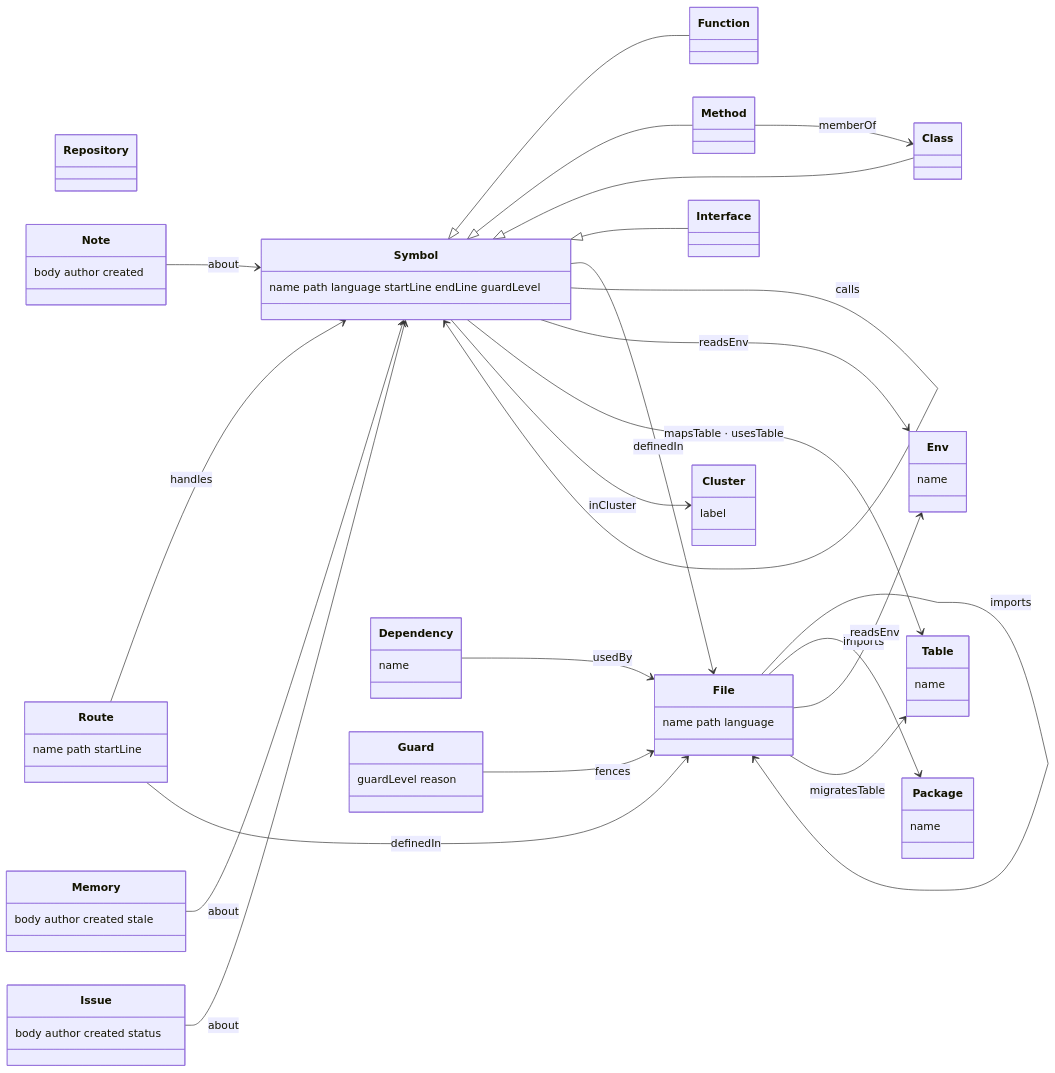
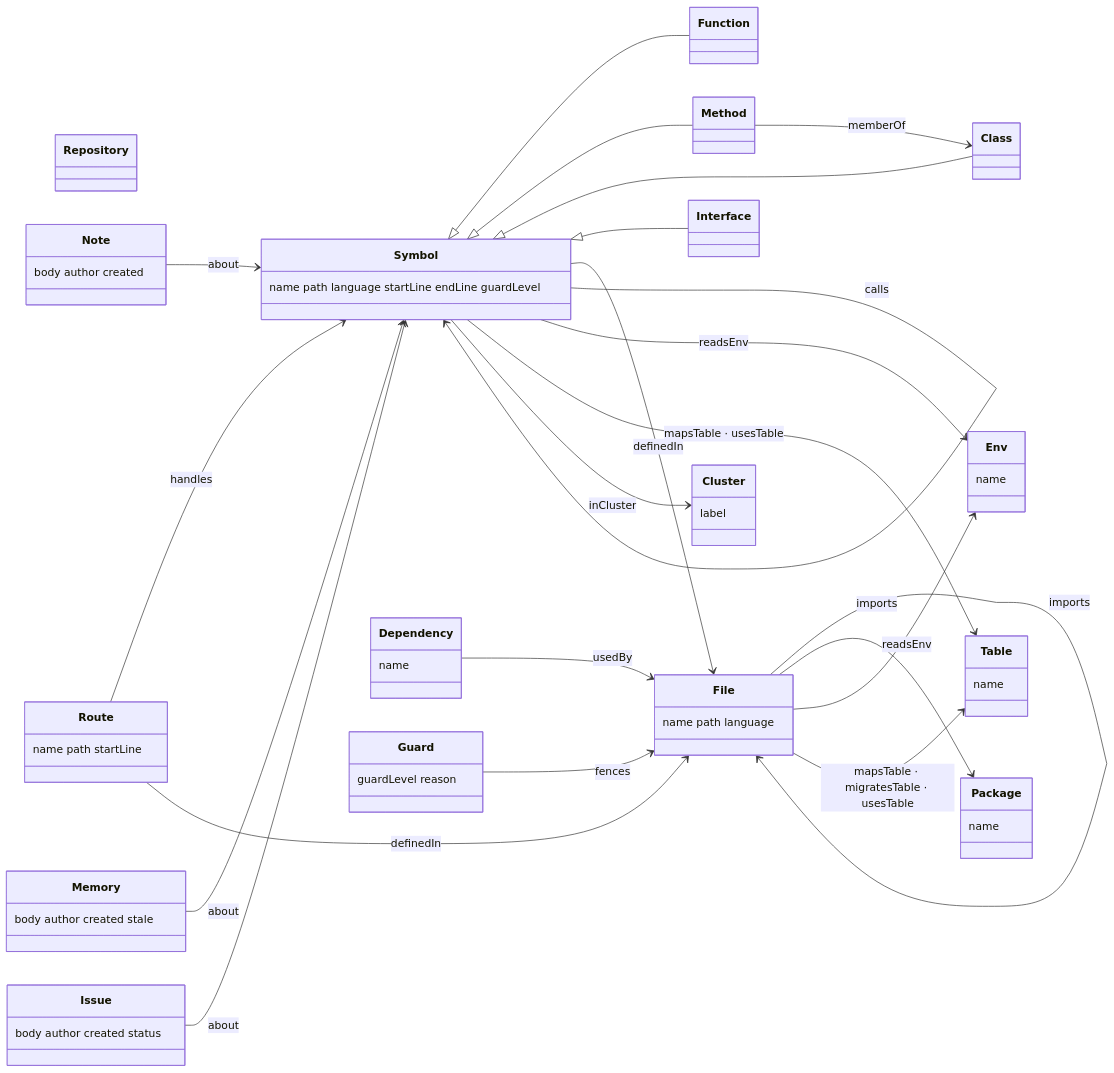
The diagram in docs/KNOWLEDGE-GRAPH.md (A12N4V/kula), drawn with Mermaid before and after one commit. The commit also changed other lines of this file and 9 other files, not shown here.

````diff
--- a/docs/KNOWLEDGE-GRAPH.md
+++ b/docs/KNOWLEDGE-GRAPH.md
@@ -38,42 +38,42 @@
 ```mermaid
 classDiagram
     direction LR
     class Repository
     class File { name path language }
     class Symbol { name path language startLine endLine guardLevel }
     class Function
     class Method
     class Class
     class Interface
     class Package { name }
     class Dependency { name }
     class Env { name }
     class Route { name path startLine }
     class Table { name }
     class Cluster { label }
     class Note { body author created }
     class Memory { body author created stale }
     class Issue { body author created status }
     class Guard { guardLevel reason }
     Symbol <|-- Function
     Symbol <|-- Method
     Symbol <|-- Class
     Symbol <|-- Interface
     Symbol --> File : definedIn
     Method --> Class : memberOf
     Symbol --> Symbol : calls
     File --> File : imports
     File --> Package : imports
     Dependency --> File : usedBy
     Symbol --> Env : readsEnv
     File --> Env : readsEnv
     Route --> Symbol : handles
     Route --> File : definedIn
     Symbol --> Table : mapsTable · usesTable
-    File --> Table : migratesTable
+    File --> Table : mapsTable · migratesTable · usesTable
     Symbol --> Cluster : inCluster
     Note --> Symbol : about
     Memory --> Symbol : about
     Issue --> Symbol : about
     Guard --> File : fences
 ```
````
